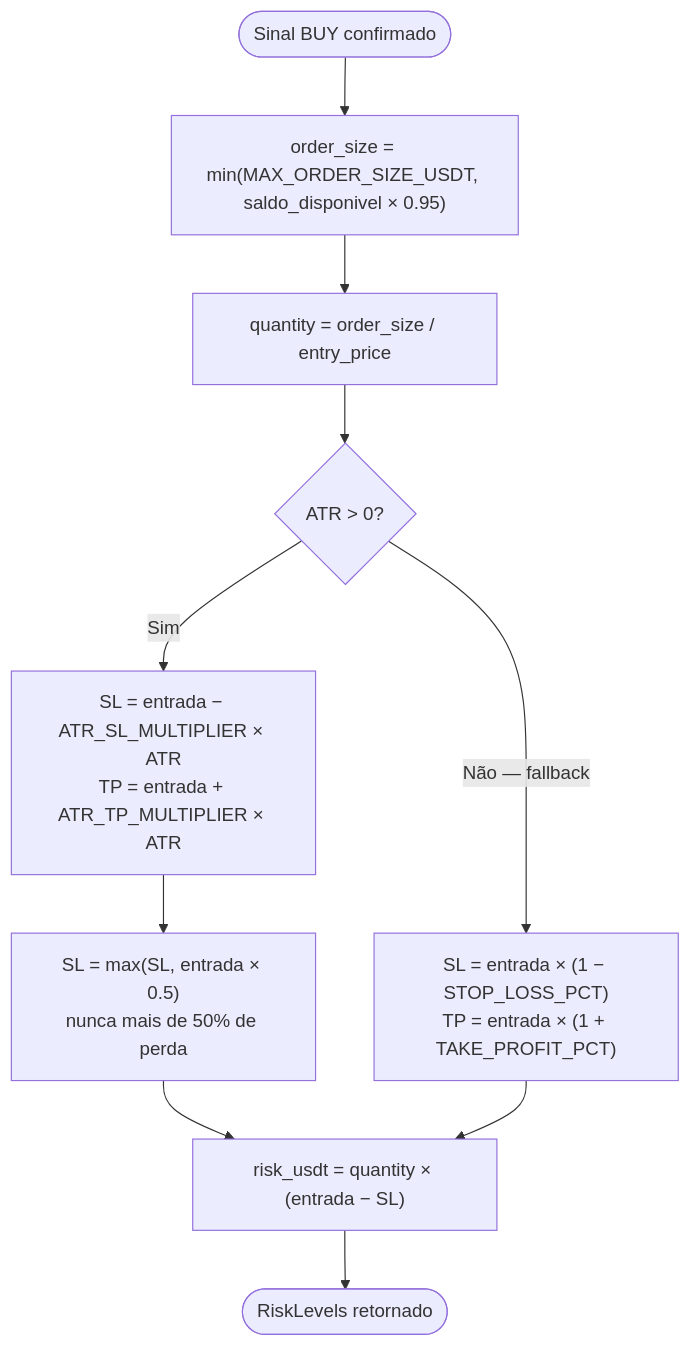
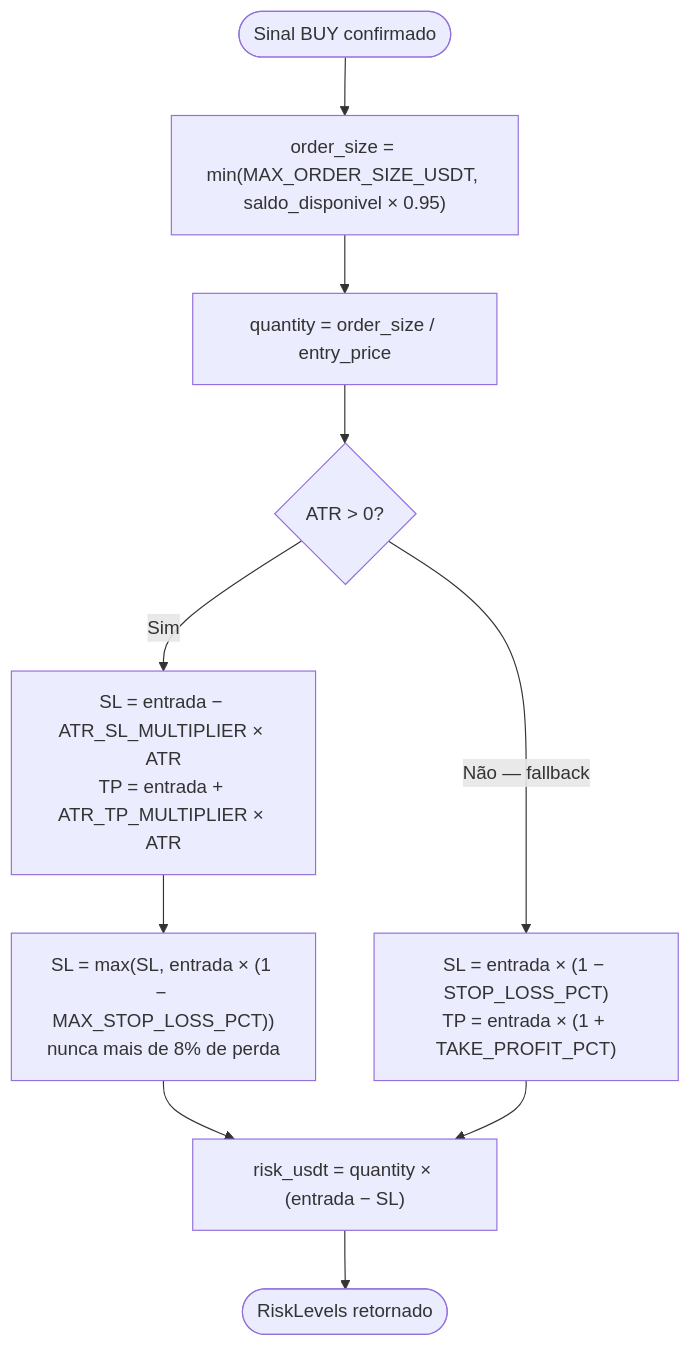
Before and after one commit to fisaarpelesjo/nautilus: the first of 3 diagrams in docs/04-gestao-risco.md, drawn with Mermaid. The commit also changed other lines of this file and 7 other files, not shown here.

````diff
--- a/docs/04-gestao-risco.md
+++ b/docs/04-gestao-risco.md
@@ -9,12 +9,12 @@
 ```mermaid
 flowchart TD
     A([Sinal BUY confirmado]) --> B["order_size = min(MAX_ORDER_SIZE_USDT, saldo_disponivel × 0.95)"]
     B --> C["quantity = order_size / entry_price"]
     C --> D{ATR > 0?}
     D -->|Sim| E["SL = entrada − ATR_SL_MULTIPLIER × ATR<br/>TP = entrada + ATR_TP_MULTIPLIER × ATR"]
-    E --> F["SL = max(SL, entrada × 0.5)<br/>nunca mais de 50% de perda"]
+    E --> F["SL = max(SL, entrada × (1 − MAX_STOP_LOSS_PCT))<br/>nunca mais de 8% de perda"]
     D -->|Não — fallback| G["SL = entrada × (1 − STOP_LOSS_PCT)<br/>TP = entrada × (1 + TAKE_PROFIT_PCT)"]
     F --> H["risk_usdt = quantity × (entrada − SL)"]
     G --> H
     H --> I([RiskLevels retornado])
 ```
````
